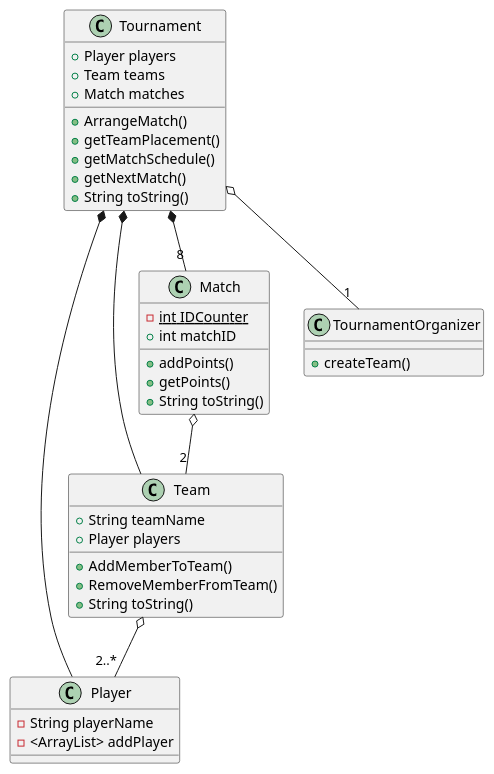
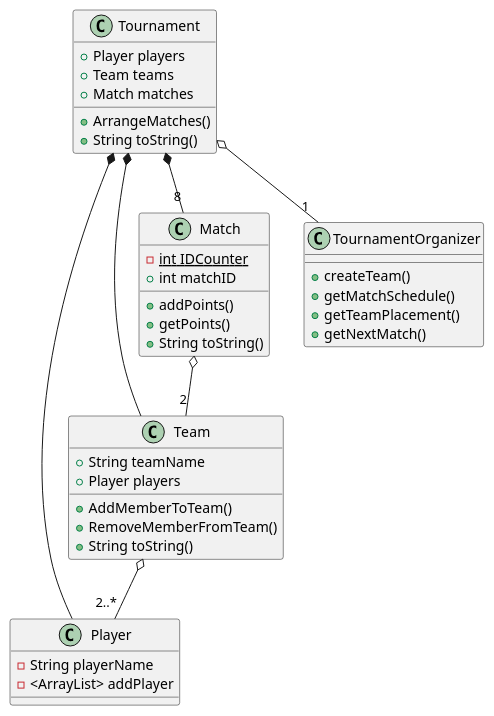
One commit to DeRp-DaWg/SP3 changed the diagram in doc/Class.puml. Above: the diagram before and after it, drawn with PlantUML.

Commit message:
Documentation

```diff
--- a/doc/Class.puml
+++ b/doc/Class.puml
@@ -1,47 +1,47 @@
 @startuml
 'https://plantuml.com/class-diagram
 
 class Player {
 -String playerName
 -<ArrayList> addPlayer
 }
 
 class Team {
 +String teamName
 +Player players
 +AddMemberToTeam()
 +RemoveMemberFromTeam()
 +String toString()
 }
 
 class Match{
 -int {static} IDCounter
 +int matchID
 +addPoints()
 +getPoints()
 +String toString()
 }
 
 class Tournament {
 +Player players
 +Team teams
 +Match matches
-+ArrangeMatch()
-+getTeamPlacement()
-+getMatchSchedule()
-+getNextMatch()
++ArrangeMatches()
 +String toString()
 }
 
 class TournamentOrganizer {
 +createTeam()
++getMatchSchedule()
++getTeamPlacement()
++getNextMatch()
 }
 
 Tournament o-- "1" TournamentOrganizer
 Tournament *-- "8" Match
 Tournament *-- Player
 Tournament *-- Team
 Match o-- "2" Team
 Team o-- "2..*" Player
 
 @enduml
```
